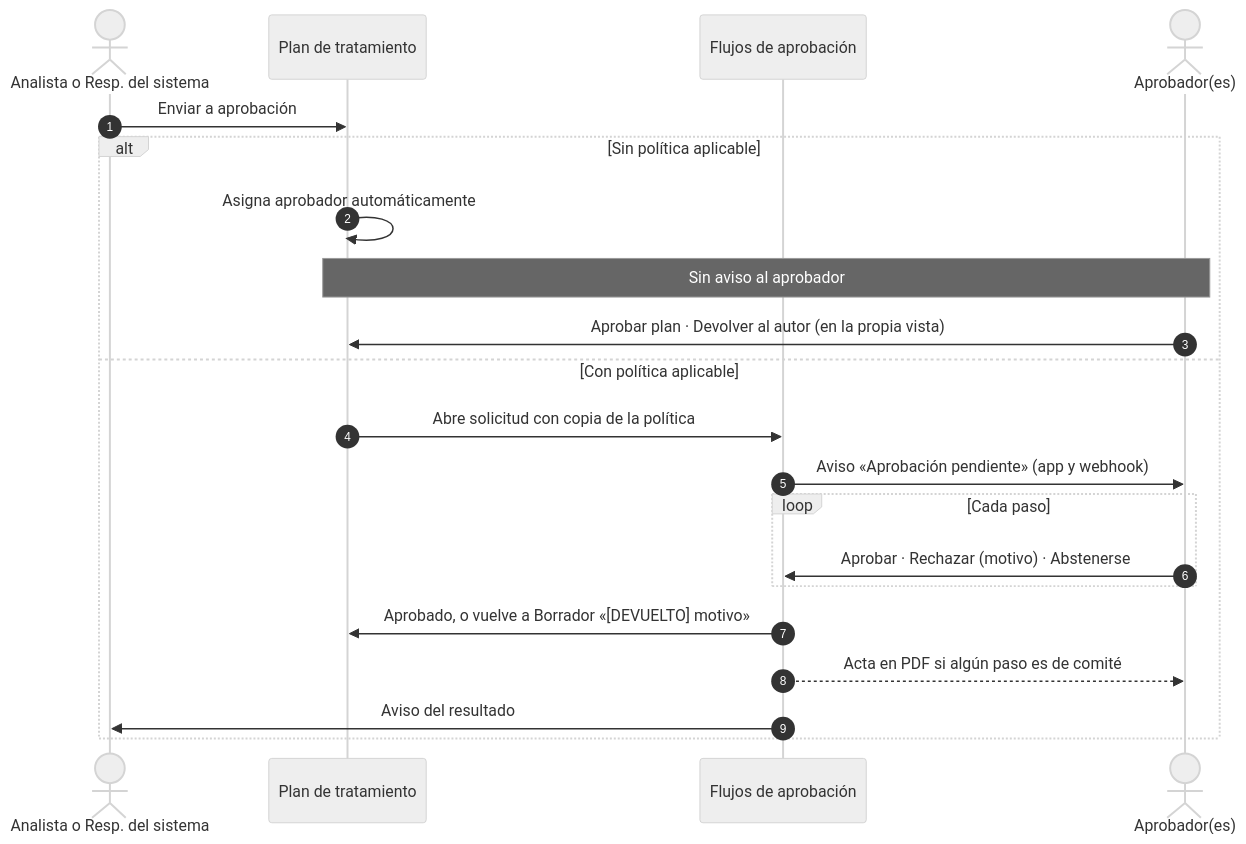
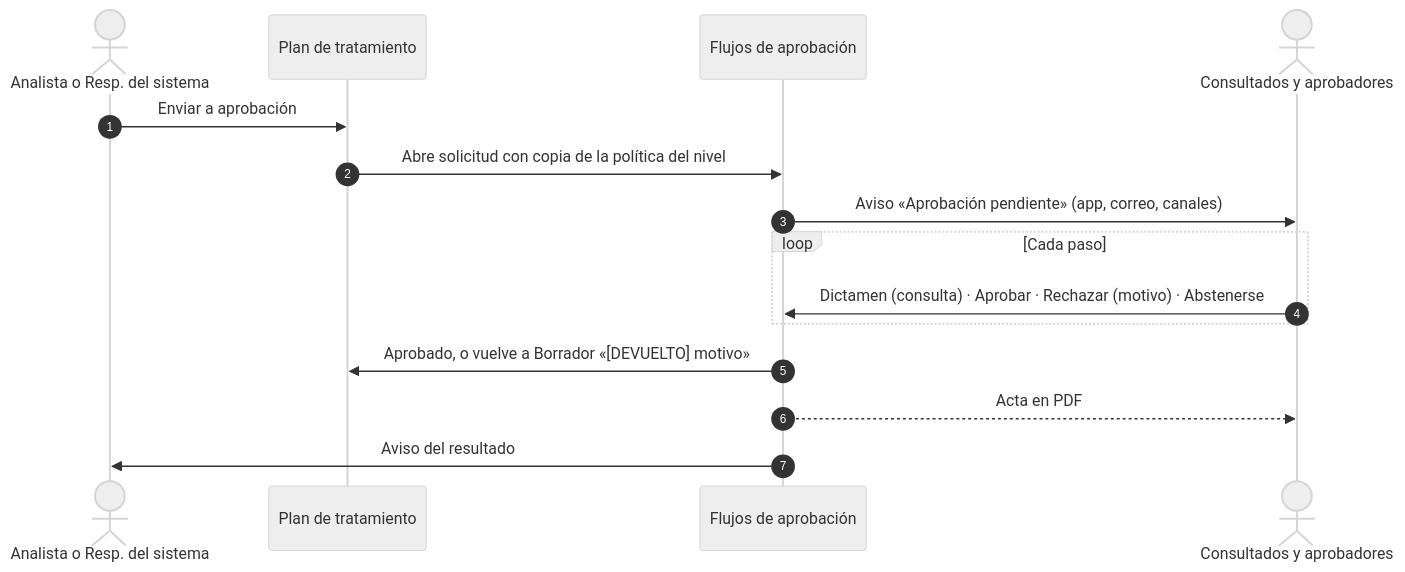
One commit to albarracingarciap/fluxion-saas changed the sixth of 9 diagrams in docs/funcional/flujo-completo-evaluacion.md. Above: the diagram before and after it, drawn with Mermaid (neutral theme). The commit also changed other lines of this file and 27 other files, not shown here.

````diff
--- a/docs/funcional/flujo-completo-evaluacion.md
+++ b/docs/funcional/flujo-completo-evaluacion.md
@@ -547,23 +547,17 @@
 ```mermaid
 sequenceDiagram
   autonumber
-  actor DPO as Analista o Resp. del sistema
+  actor Prep as Analista o Resp. del sistema
   participant Plan as Plan de tratamiento
   participant Motor as Flujos de aprobación
-  actor Apr as Aprobador(es)
-  DPO->>Plan: Enviar a aprobación
-  alt Sin política aplicable
-    Plan->>Plan: Asigna aprobador automáticamente
-    Note over Plan,Apr: Sin aviso al aprobador
-    Apr->>Plan: Aprobar plan · Devolver al autor (en la propia vista)
-  else Con política aplicable
-    Plan->>Motor: Abre solicitud con copia de la política
-    Motor->>Apr: Aviso «Aprobación pendiente» (app y webhook)
-    loop Cada paso
-      Apr->>Motor: Aprobar · Rechazar (motivo) · Abstenerse
-    end
-    Motor->>Plan: Aprobado, o vuelve a Borrador «[DEVUELTO] motivo»
-    Motor-->>Apr: Acta en PDF si algún paso es de comité
-    Motor->>DPO: Aviso del resultado
+  actor Apr as Consultados y aprobadores
+  Prep->>Plan: Enviar a aprobación
+  Plan->>Motor: Abre solicitud con copia de la política del nivel
+  Motor->>Apr: Aviso «Aprobación pendiente» (app, correo, canales)
+  loop Cada paso
+    Apr->>Motor: Dictamen (consulta) · Aprobar · Rechazar (motivo) · Abstenerse
   end
+  Motor->>Plan: Aprobado, o vuelve a Borrador «[DEVUELTO] motivo»
+  Motor-->>Apr: Acta en PDF
+  Motor->>Prep: Aviso del resultado
 ```
````
